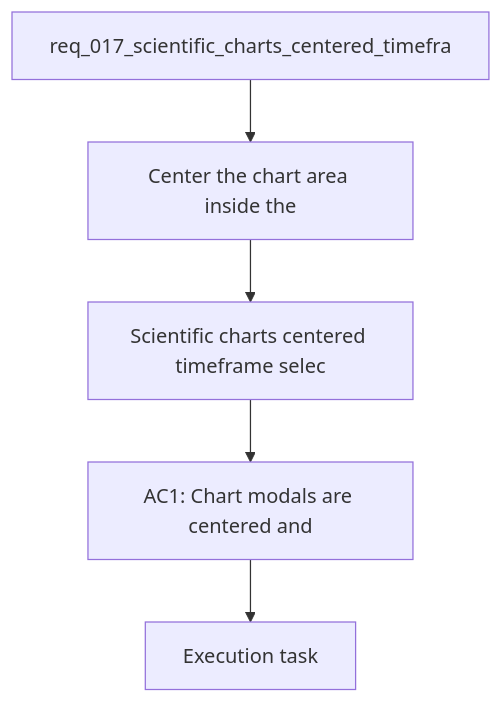
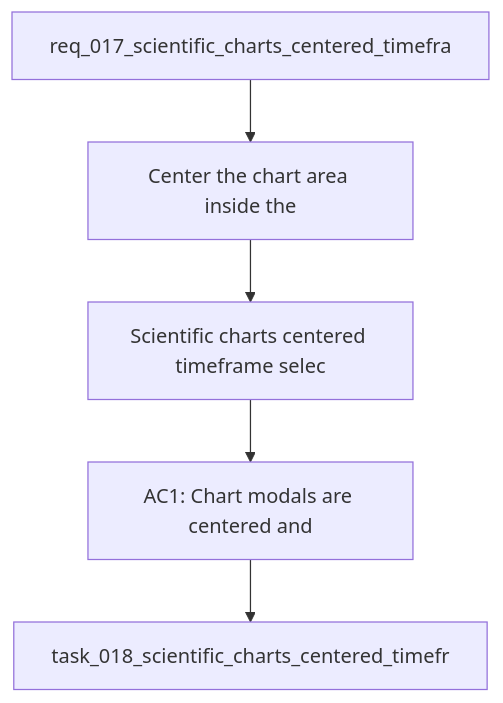
Before and after one commit to Jilanos/Coach_garmin: the diagram in logics/backlog/item_017_scientific_charts_centered_timeframe_selector_and_french_text_fixes.md, drawn with Mermaid. The commit also changed 36 other files, not shown here.

````diff
--- a/logics/backlog/item_017_scientific_charts_centered_timeframe_selector_and_french_text_fixes.md
+++ b/logics/backlog/item_017_scientific_charts_centered_timeframe_selector_and_french_text_fixes.md
@@ -24,9 +24,9 @@
 ```mermaid
 %% logics-kind: backlog
 %% logics-signature: backlog|scientific-charts-centered-timeframe-sel|req-017-scientific-charts-centered-timef|center-the-chart-area-inside-the|ac1-chart-modals-are-centered-and
 flowchart TD
     Request[req_017_scientific_charts_centered_timefra] --> Problem[Center the chart area inside the]
     Problem --> Scope[Scientific charts centered timeframe selec]
     Scope --> Acceptance[AC1: Chart modals are centered and]
-    Acceptance --> Tasks[Execution task]
+    Acceptance --> Tasks[task_018_scientific_charts_centered_timefr]
 ```
````
